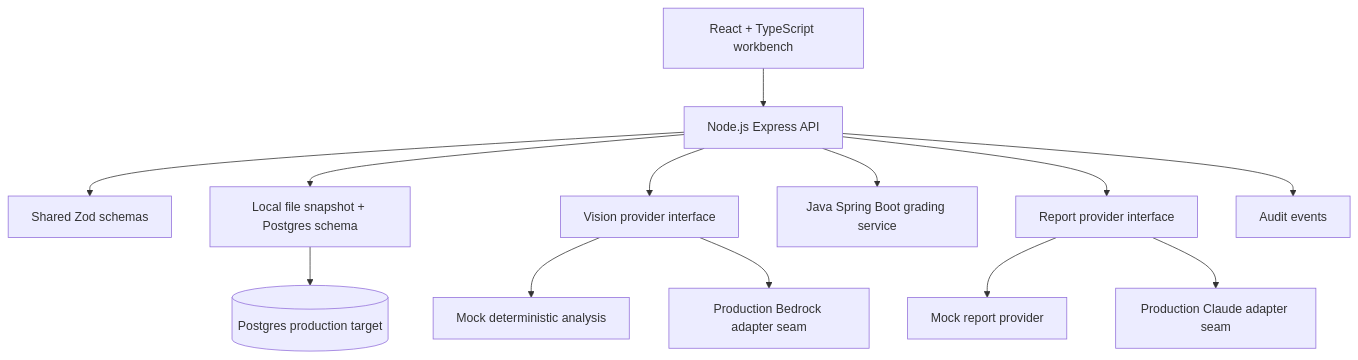
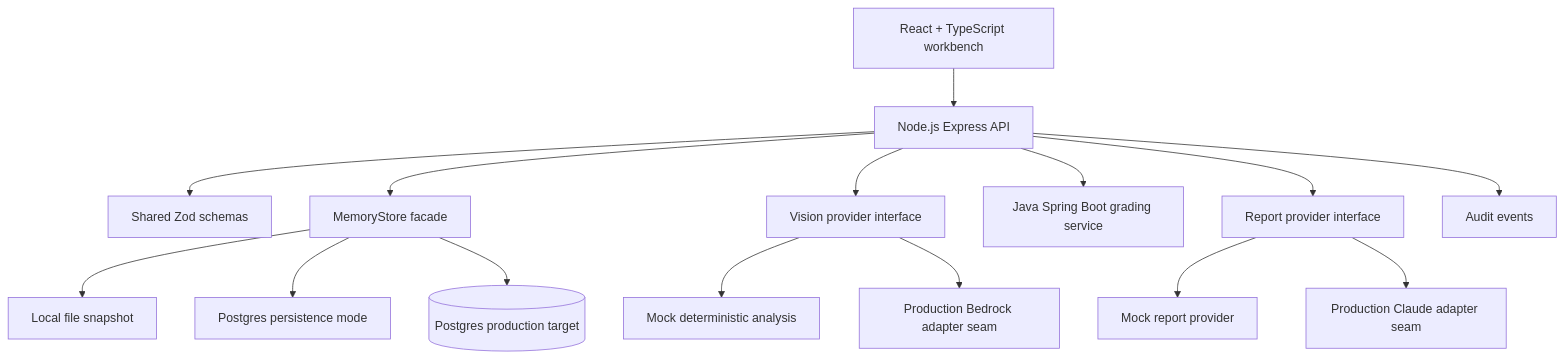
One commit to manynames3/inspectiq changed the diagram in README.md. Above: the diagram before and after it, drawn with Mermaid. The commit also changed other lines of this file and 36 other files, not shown here.

````diff
--- a/README.md
+++ b/README.md
@@ -35,15 +35,17 @@
 ```mermaid
 flowchart TD
   Web[React + TypeScript workbench] --> API[Node.js Express API]
   API --> Shared[Shared Zod schemas]
-  API --> Store[Local file snapshot + Postgres schema]
+  API --> Store[MemoryStore facade]
+  Store --> FileStore[Local file snapshot]
+  Store --> PostgresStore[Postgres persistence mode]
   API --> Vision[Vision provider interface]
   Vision --> MockVision[Mock deterministic analysis]
   Vision --> BedrockVision[Production Bedrock adapter seam]
   API --> Grade[Java Spring Boot grading service]
   API --> Report[Report provider interface]
   Report --> MockReport[Mock report provider]
   Report --> BedrockReport[Production Claude adapter seam]
   API --> Audit[Audit events]
   Store --> PG[(Postgres production target)]
 ```
````
